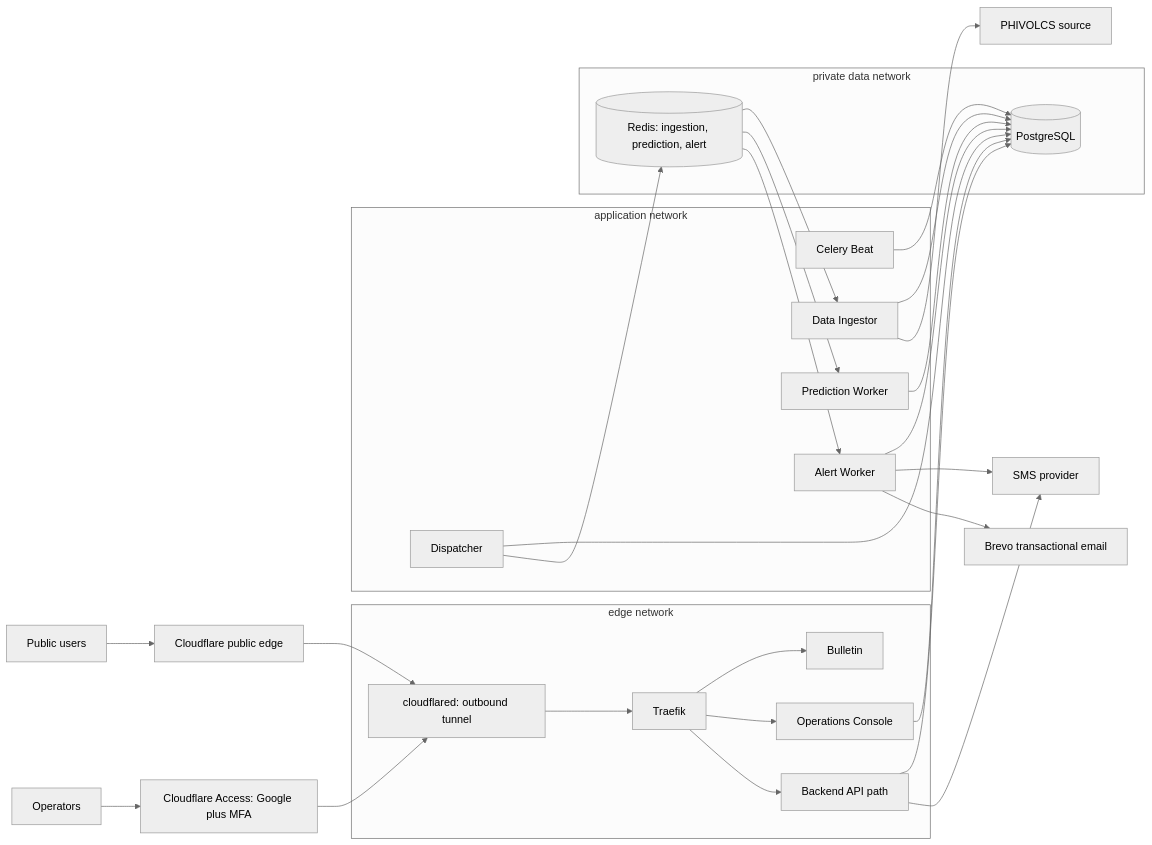
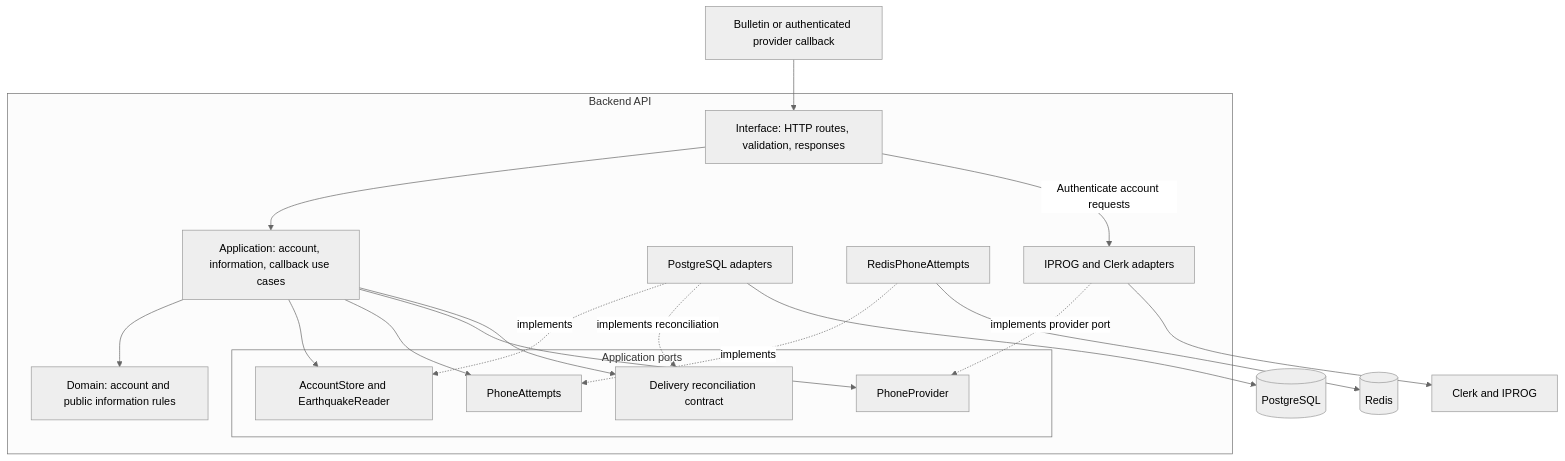
One commit to ochlzo/quakestrikeph changed the fifth of 16 diagrams in docs/system-design/ARCHITECTURE/ARCHITECTURE.md. Above: the diagram before and after it, drawn with Mermaid (neutral theme). The commit also changed other lines of this file and 18 other files, not shown here.

````diff
--- a/docs/system-design/ARCHITECTURE/ARCHITECTURE.md
+++ b/docs/system-design/ARCHITECTURE/ARCHITECTURE.md
@@ -82,40 +306,31 @@
 ```mermaid
-flowchart LR
-  Public[Public users] --> CF[Cloudflare public edge]
-  Operators[Operators] --> Access[Cloudflare Access: Google plus MFA]
-  CF --> Tunnel[cloudflared: outbound tunnel]
-  Access --> Tunnel
-  subgraph edge[edge network]
-    Tunnel --> Proxy[Traefik]
-    Proxy --> Bulletin[Bulletin]
-    Proxy --> Ops[Operations Console]
-    Proxy --> API[Backend API path]
+flowchart TB
+  Caller[Bulletin or authenticated provider callback] --> HTTP
+  subgraph Backend[Backend API]
+    HTTP[Interface: HTTP routes, validation, responses]
+    App[Application: account, information, callback use cases]
+    Rules[Domain: account and public information rules]
+    subgraph ApplicationContracts[Application ports]
+      Store[AccountStore and EarthquakeReader]
+      Attempts[PhoneAttempts]
+      Provider[PhoneProvider]
+      Callback[Delivery reconciliation contract]
+    end
+    SQL[PostgreSQL adapters]
+    Cache[RedisPhoneAttempts]
+    Remote[IPROG and Clerk adapters]
+    HTTP --> App --> Rules
+    App --> Store
+    App --> Attempts
+    App --> Provider
+    App --> Callback
+    SQL -. implements .-> Store
+    SQL -. implements reconciliation .-> Callback
+    Cache -. implements .-> Attempts
+    Remote -. implements provider port .-> Provider
+    HTTP -->|Authenticate account requests| Remote
   end
-  subgraph app[application network]
-    API
-    Beat[Celery Beat]
-    Dispatch[Dispatcher]
-    Ingest[Data Ingestor]
-    Predict[Prediction Worker]
-    Alert[Alert Worker]
-  end
-  subgraph data[private data network]
-    PG[(PostgreSQL)]
-    Redis[(Redis: ingestion, prediction, alert)]
-  end
-  API --> PG
-  Ops --> PG
-  Beat --> PG
-  Dispatch --> PG
-  Dispatch --> Redis
-  Redis --> Ingest
-  Redis --> Predict
-  Redis --> Alert
-  Ingest --> PG
-  Predict --> PG
-  Alert --> PG
-  Ingest --> PH[PHIVOLCS source]
-  Alert --> SMS[SMS provider]
-  API --> SMS
-  Alert --> Mail[Brevo transactional email]
+  SQL --> PG[(PostgreSQL)]
+  Cache --> Redis[(Redis)]
+  Remote --> External[Clerk and IPROG]
 ```
````
